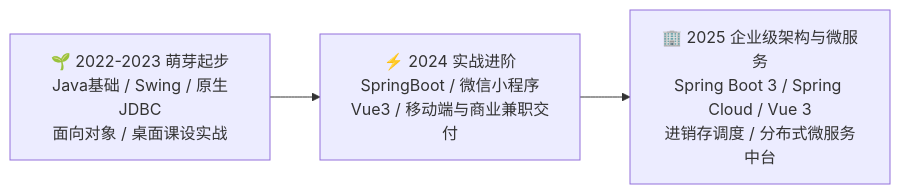
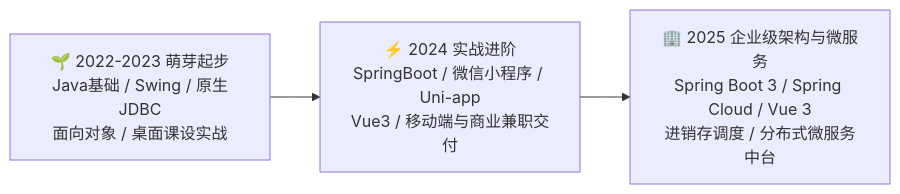
The diagram in README.md (2454435987/my-programming-journey), drawn with Mermaid before and after one commit. The commit also changed other lines of this file and 57 other files, not shown here.

````diff
--- a/README.md
+++ b/README.md
@@ -10,5 +10,5 @@
 ```mermaid
 flowchart LR
-    A["🌱 2022-2023 萌芽起步<br/>Java基础 / Swing / 原生JDBC<br/>面向对象 / 桌面课设实战"] --> B["⚡ 2024 实战进阶<br/>SpringBoot / 微信小程序<br/>Vue3 / 移动端与商业兼职交付"]
+    A["🌱 2022-2023 萌芽起步<br/>Java基础 / Swing / 原生JDBC<br/>面向对象 / 桌面课设实战"] --> B["⚡ 2024 实战进阶<br/>SpringBoot / 微信小程序 / Uni-app<br/>Vue3 / 移动端与商业兼职交付"]
     B --> C["🏢 2025 企业级架构与微服务<br/>Spring Boot 3 / Spring Cloud / Vue 3<br/>进销存调度 / 分布式微服务中台"]
 ```
````
